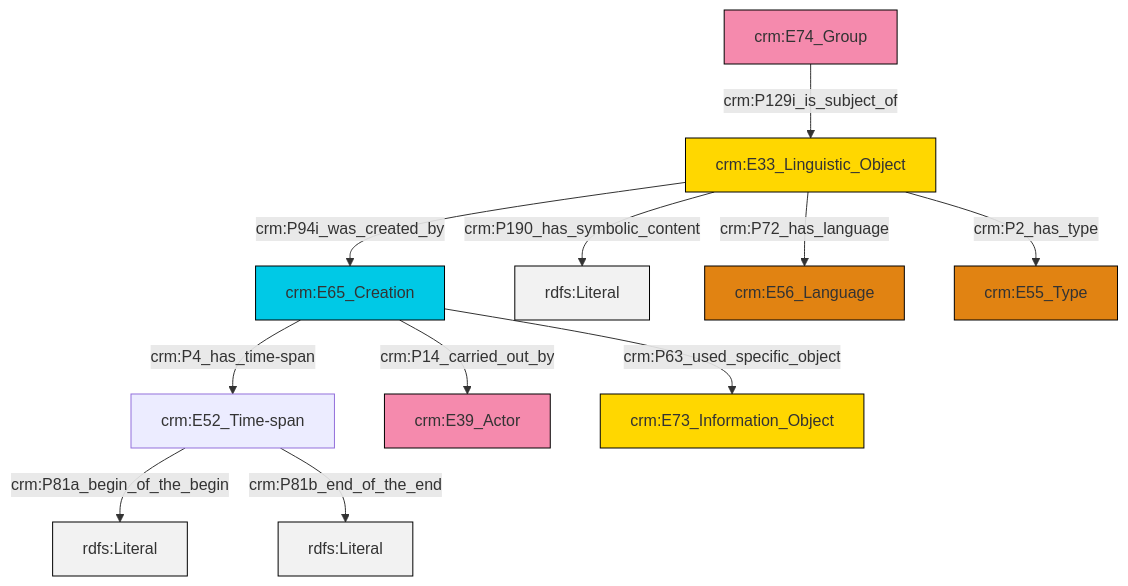
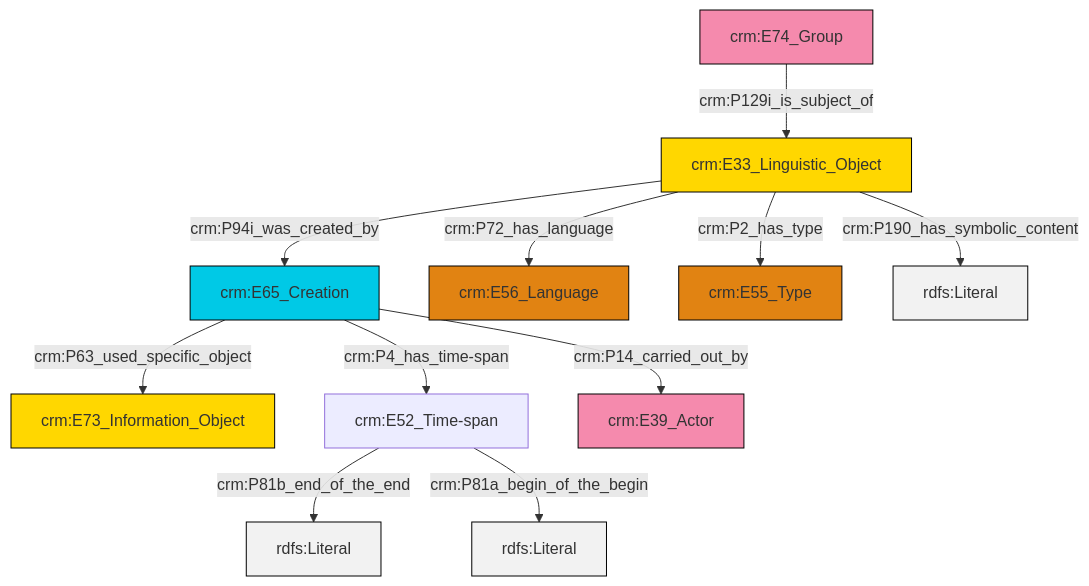
Before and after one commit to ncarboni/srdm: the diagram in et/groupCSV/ttl/mmd/group_description.ttl.mmd, drawn with Mermaid. The commit also changed 131 other files, not shown here.

```diff
--- a/et/groupCSV/ttl/mmd/group_description.ttl.mmd
+++ b/et/groupCSV/ttl/mmd/group_description.ttl.mmd
@@ -1,25 +1,25 @@
 graph TD
 classDef Literal fill:#f2f2f2,stroke:#000000;
 classDef CRM_Entity fill:#FFFFFF,stroke:#000000;
 classDef Temporal_Entity fill:#00C9E6, stroke:#000000;
 classDef Type fill:#E18312, stroke:#000000;
 classDef Time-Span fill:#2C9C91, stroke:#000000;
 classDef Appellation fill:#FFEB7F, stroke:#000000;
 classDef Place fill:#008836, stroke:#000000;
 classDef Persistent_Item fill:#B266B2, stroke:#000000;
 classDef Conceptual_Object fill:#FFD700, stroke:#000000;
 classDef Physical_Thing fill:#D2B48C, stroke:#000000;
 classDef Actor fill:#f58aad, stroke:#000000;
 classDef PC_Classes fill:#4ce600, stroke:#000000;
 classDef Multi fill:#cccccc,stroke:#000000;
 
-4["crm:E65_Creation"]:::Temporal_Entity -->|crm:P4_has_time-span| 5["crm:E52_Time-span"]:::Default
-5["crm:E52_Time-span"]:::Default -->|crm:P81a_begin_of_the_begin| 6[rdfs:Literal]:::Literal
-0["crm:E33_Linguistic_Object"]:::Conceptual_Object -->|crm:P94i_was_created_by| 4["crm:E65_Creation"]:::Temporal_Entity
-0["crm:E33_Linguistic_Object"]:::Conceptual_Object -->|crm:P190_has_symbolic_content| 7[rdfs:Literal]:::Literal
-4["crm:E65_Creation"]:::Temporal_Entity -->|crm:P14_carried_out_by| 8["crm:E39_Actor"]:::Actor
-5["crm:E52_Time-span"]:::Default -->|crm:P81b_end_of_the_end| 10[rdfs:Literal]:::Literal
-0["crm:E33_Linguistic_Object"]:::Conceptual_Object -->|crm:P72_has_language| 11["crm:E56_Language"]:::Type
-2["crm:E74_Group"]:::Actor -->|crm:P129i_is_subject_of| 0["crm:E33_Linguistic_Object"]:::Conceptual_Object
-0["crm:E33_Linguistic_Object"]:::Conceptual_Object -->|crm:P2_has_type| 12["crm:E55_Type"]:::Type
-4["crm:E65_Creation"]:::Temporal_Entity -->|crm:P63_used_specific_object| 14["crm:E73_Information_Object"]:::Conceptual_Object
+2["crm:E65_Creation"]:::Temporal_Entity -->|crm:P4_has_time-span| 3["crm:E52_Time-span"]:::Default
+2["crm:E65_Creation"]:::Temporal_Entity -->|crm:P63_used_specific_object| 0["crm:E73_Information_Object"]:::Conceptual_Object
+3["crm:E52_Time-span"]:::Default -->|crm:P81b_end_of_the_end| 6[rdfs:Literal]:::Literal
+2["crm:E65_Creation"]:::Temporal_Entity -->|crm:P14_carried_out_by| 7["crm:E39_Actor"]:::Actor
+9["crm:E33_Linguistic_Object"]:::Conceptual_Object -->|crm:P94i_was_created_by| 2["crm:E65_Creation"]:::Temporal_Entity
+9["crm:E33_Linguistic_Object"]:::Conceptual_Object -->|crm:P2_has_type| 11["crm:E55_Type"]:::Type
+9["crm:E33_Linguistic_Object"]:::Conceptual_Object -->|crm:P72_has_language| 4["crm:E56_Language"]:::Type
+14["crm:E74_Group"]:::Actor -->|crm:P129i_is_subject_of| 9["crm:E33_Linguistic_Object"]:::Conceptual_Object
+3["crm:E52_Time-span"]:::Default -->|crm:P81a_begin_of_the_begin| 15[rdfs:Literal]:::Literal
+9["crm:E33_Linguistic_Object"]:::Conceptual_Object -->|crm:P190_has_symbolic_content| 17[rdfs:Literal]:::Literal
```
